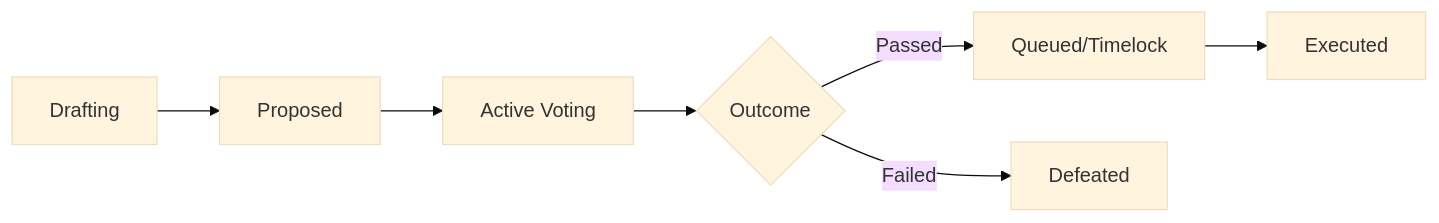
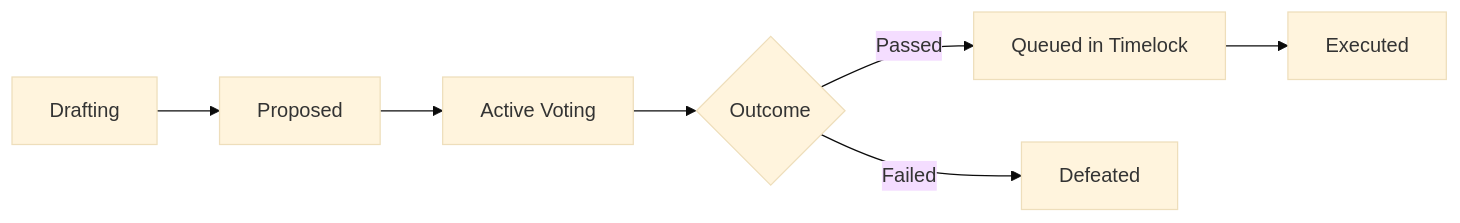
The diagram in features/governance.md (UncleTom29/circuits-protocol-docs), drawn with Mermaid (base theme) before and after one commit. The commit also changed other lines of this file and 40 other files, not shown here.

Commit message:
docs: update architecture terminology, contract addresses, and feature documentation across the protocol codebase.

````diff
--- a/features/governance.md
+++ b/features/governance.md
@@ -15,9 +19,9 @@
 ```mermaid
 flowchart LR
     A[Drafting] --> B[Proposed]
     B --> C[Active Voting]
     C --> D{Outcome}
-    D -->|Passed| E[Queued/Timelock]
+    D -->|Passed| E[Queued in Timelock]
     D -->|Failed| F[Defeated]
     E --> G[Executed]
 ```
````
